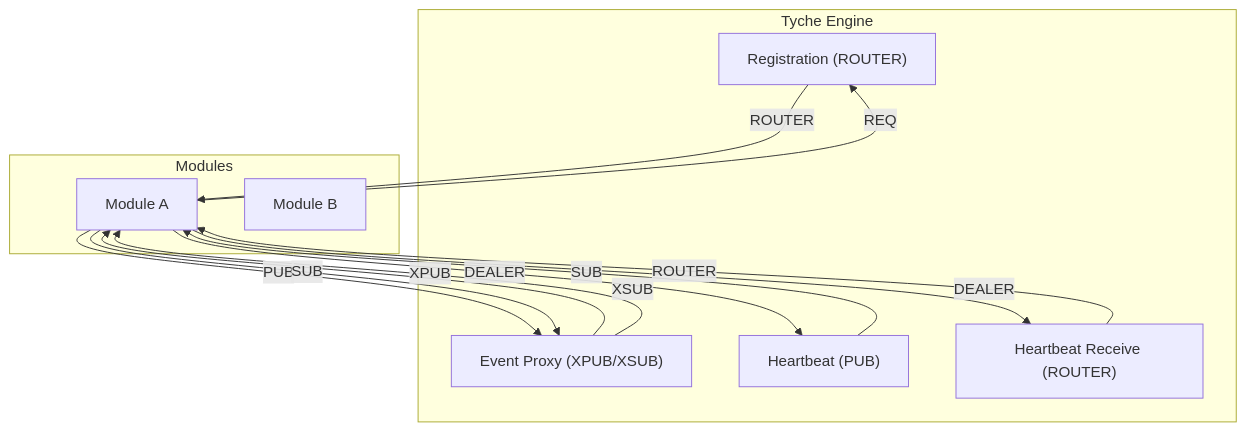
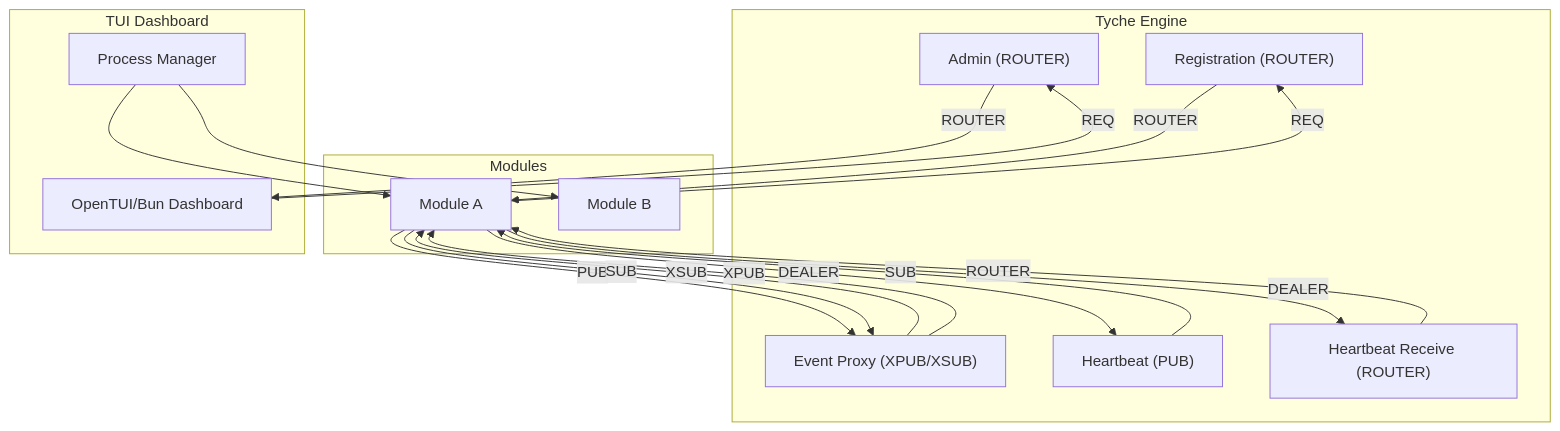
Before and after one commit to zt281/TycheEngine: the second of 11 diagrams in .qoder/repowiki/en/content/Architecture Overview/Architecture Overview.md, drawn with Mermaid. The commit also changed other lines of this file and 33 other files, not shown here.

````diff
--- a/.qoder/repowiki/en/content/Architecture Overview/Architecture Overview.md
+++ b/.qoder/repowiki/en/content/Architecture Overview/Architecture Overview.md
@@ -124,23 +183,32 @@
 ```mermaid
 graph TB
 subgraph "Tyche Engine"
 R["Registration (ROUTER)"]
 EP["Event Proxy (XPUB/XSUB)"]
 HB["Heartbeat (PUB)"]
 HBR["Heartbeat Receive (ROUTER)"]
+ADM["Admin (ROUTER)"]
 end
 subgraph "Modules"
 M1["Module A"]
 M2["Module B"]
+end
+subgraph "TUI Dashboard"
+TUI["OpenTUI/Bun Dashboard"]
+PM["Process Manager"]
 end
 M1 -- "REQ" --> R
 R -- "ROUTER" --> M1
 M1 -- "PUB" --> EP
 EP -- "XSUB" --> M1
 M1 -- "SUB" --> EP
 EP -- "XPUB" --> M1
 M1 -- "DEALER" --> HB
 HB -- "SUB" --> M1
 M1 -- "DEALER" --> HBR
 HBR -- "ROUTER" --> M1
+TUI -- "REQ" --> ADM
+ADM -- "ROUTER" --> TUI
+PM --> M1
+PM --> M2
 ```
````
